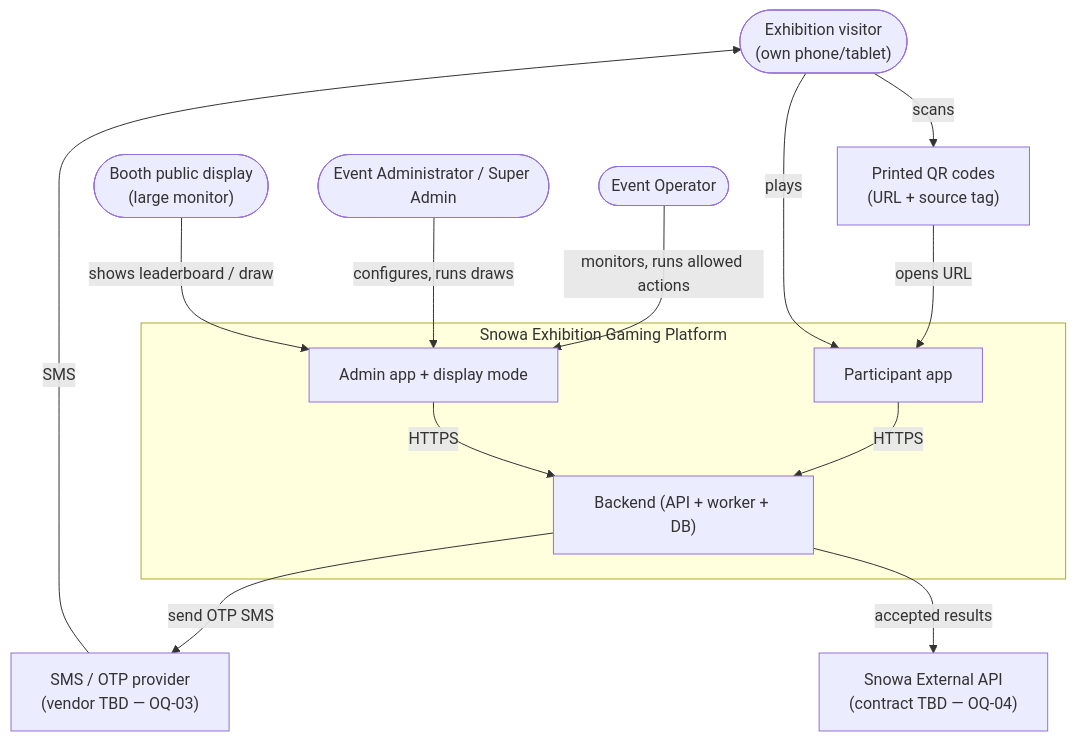
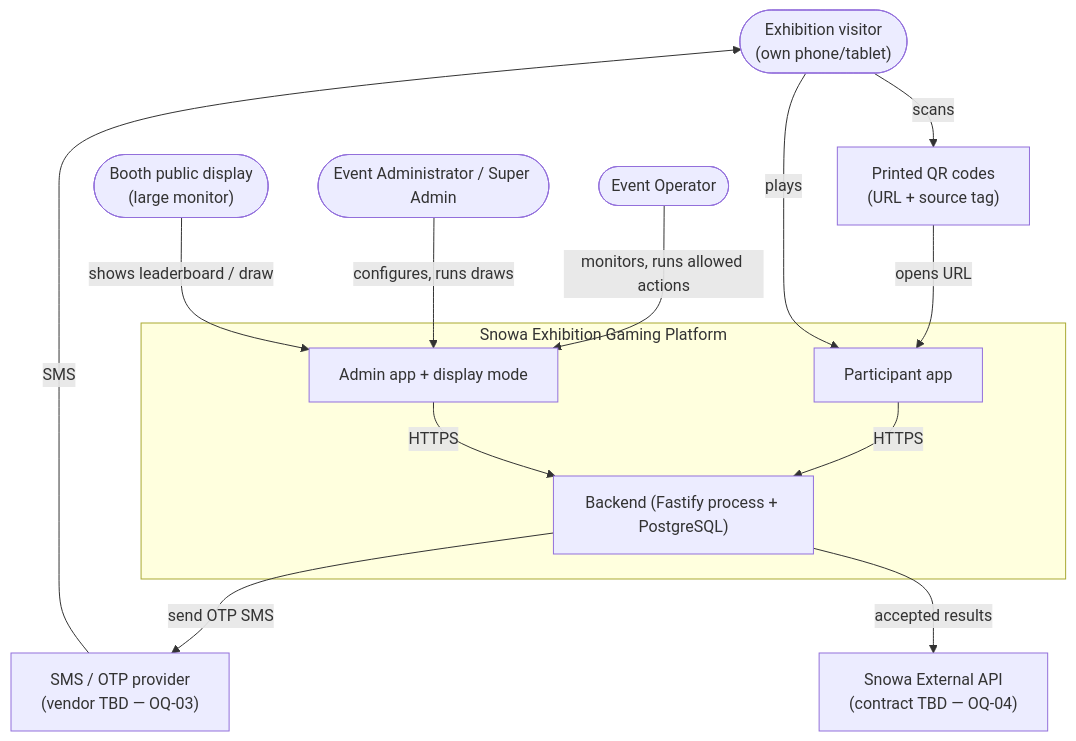
Before and after one commit to osameh15/Snowa-Exhibition-Game: the diagram in docs/01-architecture/01-system-context.md, drawn with Mermaid. The commit also changed 61 other files, not shown here.

First line of the commit message:
docs: right-size secure exhibition architecture

````diff
--- a/docs/01-architecture/01-system-context.md
+++ b/docs/01-architecture/01-system-context.md
@@ -5,28 +5,28 @@
 ```mermaid
 flowchart TB
   V(["Exhibition visitor<br/>(own phone/tablet)"])
   OP(["Event Operator"])
   AD(["Event Administrator / Super Admin"])
   SCR(["Booth public display<br/>(large monitor)"])
 
   subgraph SYS["Snowa Exhibition Gaming Platform"]
     PA["Participant app"]
     ADM["Admin app + display mode"]
-    BE["Backend (API + worker + DB)"]
+    BE["Backend (Fastify process + PostgreSQL)"]
   end
 
   SMS["SMS / OTP provider<br/>(vendor TBD — OQ-03)"]
   SNW["Snowa External API<br/>(contract TBD — OQ-04)"]
   QR["Printed QR codes<br/>(URL + source tag)"]
 
   V -->|scans| QR -->|opens URL| PA
   V -->|plays| PA
   OP -->|monitors, runs allowed actions| ADM
   AD -->|configures, runs draws| ADM
   SCR -->|shows leaderboard / draw| ADM
   PA -->|HTTPS| BE
   ADM -->|HTTPS| BE
   BE -->|send OTP SMS| SMS
   SMS -->|SMS| V
   BE -->|accepted results| SNW
 ```
````
